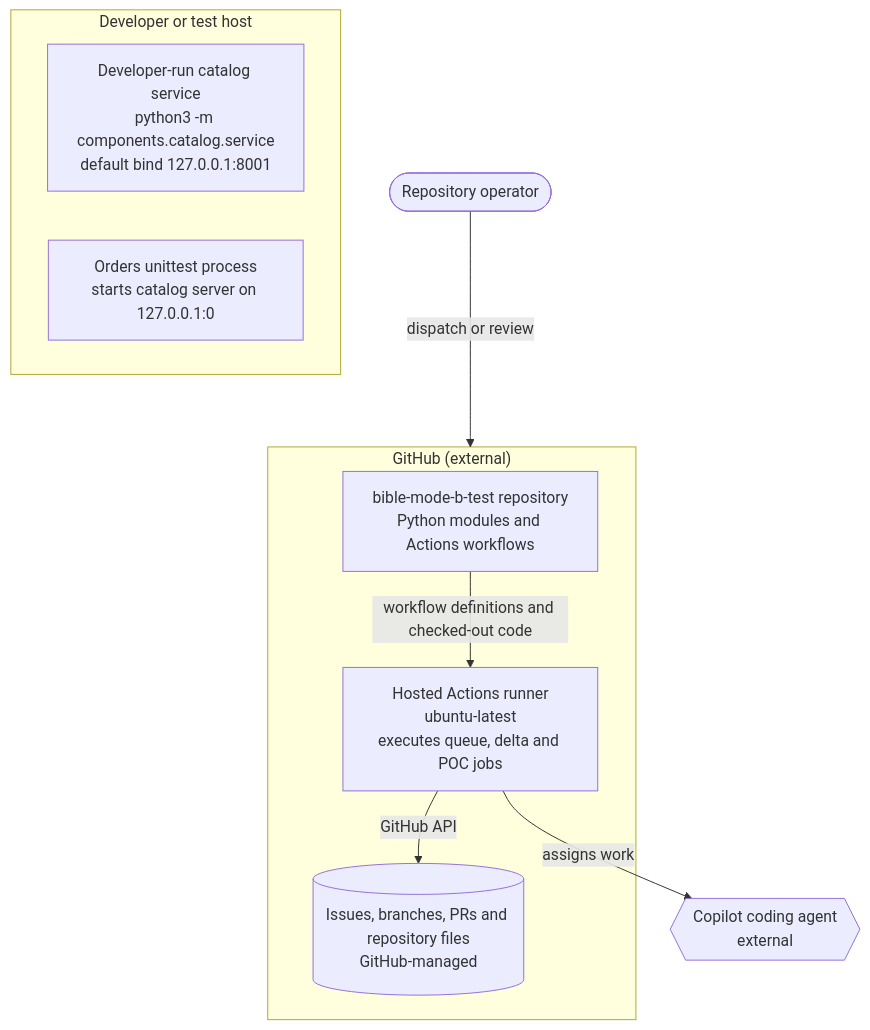
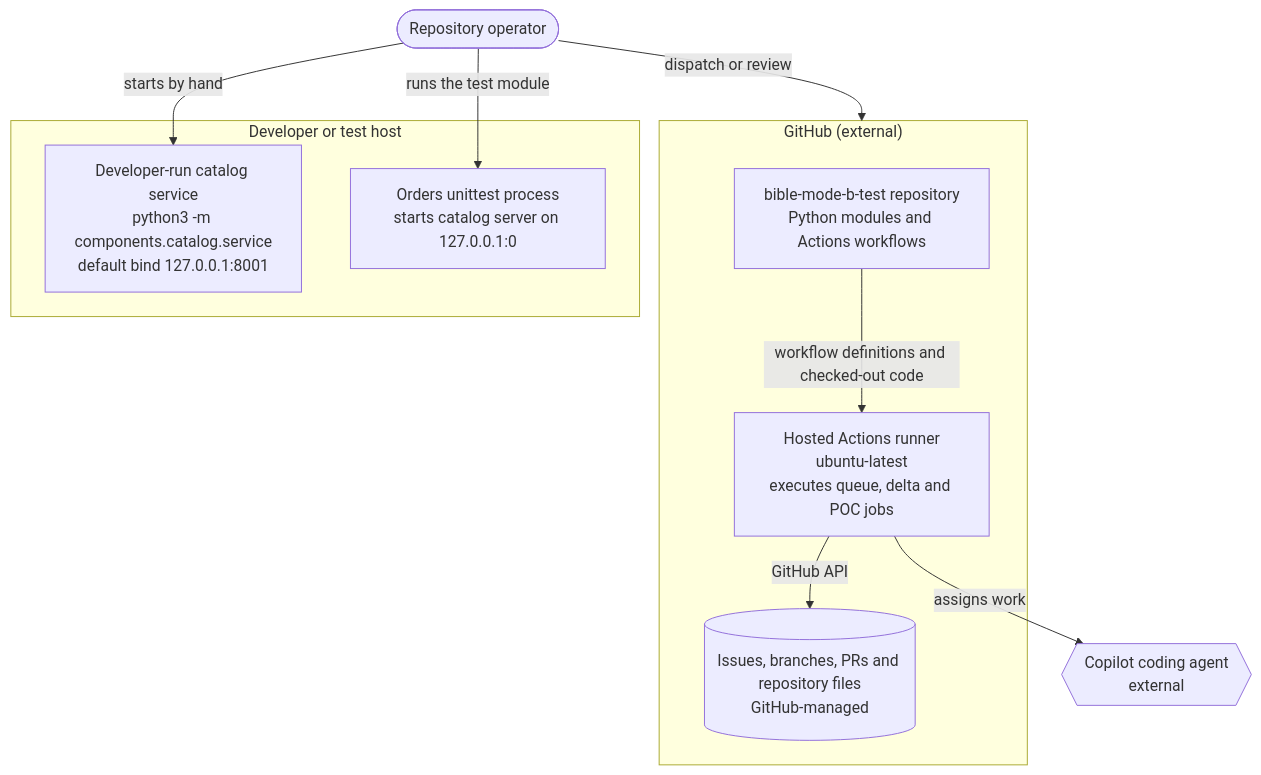
One commit to vishalc412/bible-mode-b-test changed the second of 2 diagrams in codebase-analysis/hld/02-architecture.md. Above: the diagram before and after it, drawn with Mermaid. The commit also changed other lines of this file and 32 other files, not shown here.

````diff
--- a/codebase-analysis/hld/02-architecture.md
+++ b/codebase-analysis/hld/02-architecture.md
@@ -83,18 +85,20 @@
 ```mermaid
 flowchart TB
   operator(["Repository operator"])
   subgraph github["GitHub (external)"]
     repo["bible-mode-b-test repository<br/>Python modules and Actions workflows"]
     runner["Hosted Actions runner<br/>ubuntu-latest<br/>executes queue, delta and POC jobs"]
     issues[("Issues, branches, PRs and repository files<br/>GitHub-managed")]
   end
   subgraph local["Developer or test host"]
     catalogdev["Developer-run catalog service<br/>python3 -m components.catalog.service<br/>default bind 127.0.0.1:8001"]
     testprocess["Orders unittest process<br/>starts catalog server on 127.0.0.1:0"]
   end
   copilot{{"Copilot coding agent<br/>external"}}
   operator -->|"dispatch or review"| github
+  operator -->|"starts by hand"| catalogdev
+  operator -->|"runs the test module"| testprocess
   repo -->|"workflow definitions and checked-out code"| runner
   runner -->|"GitHub API"| issues
   runner -->|"assigns work"| copilot
 ```
````
